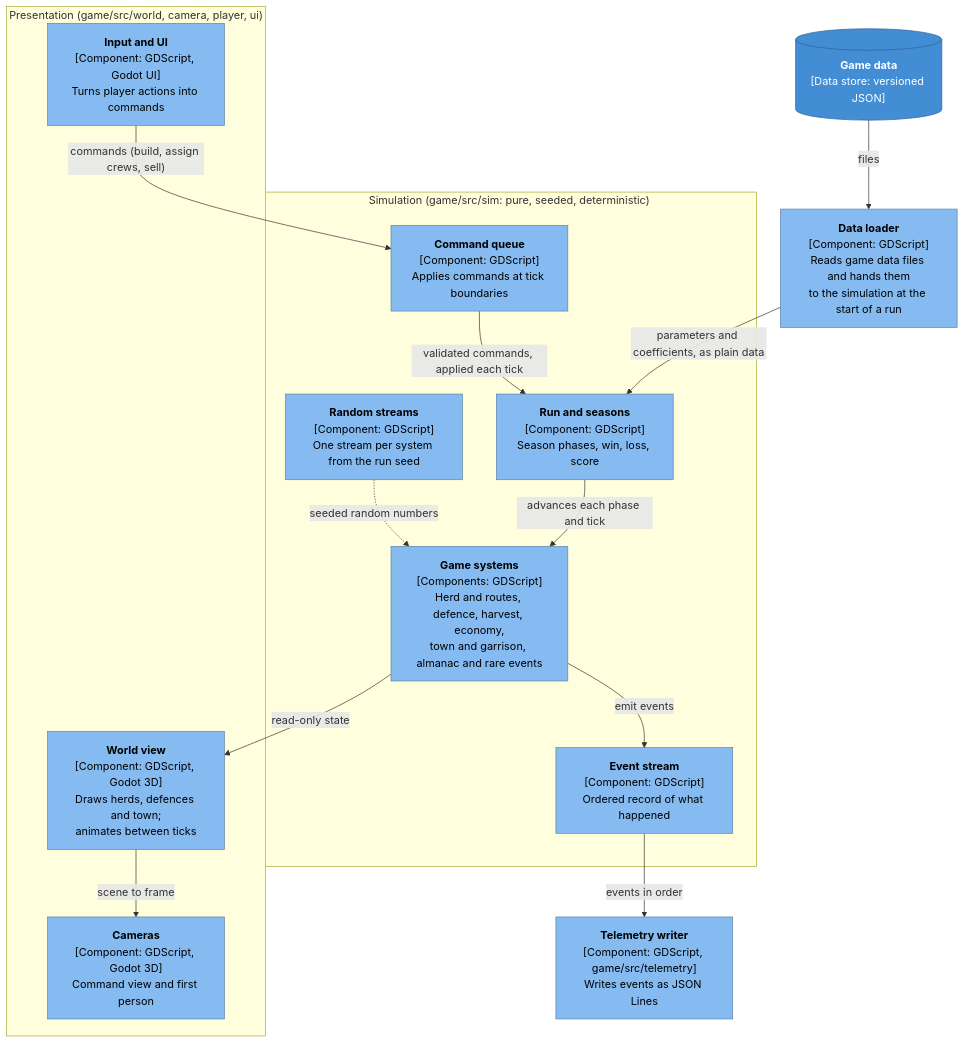
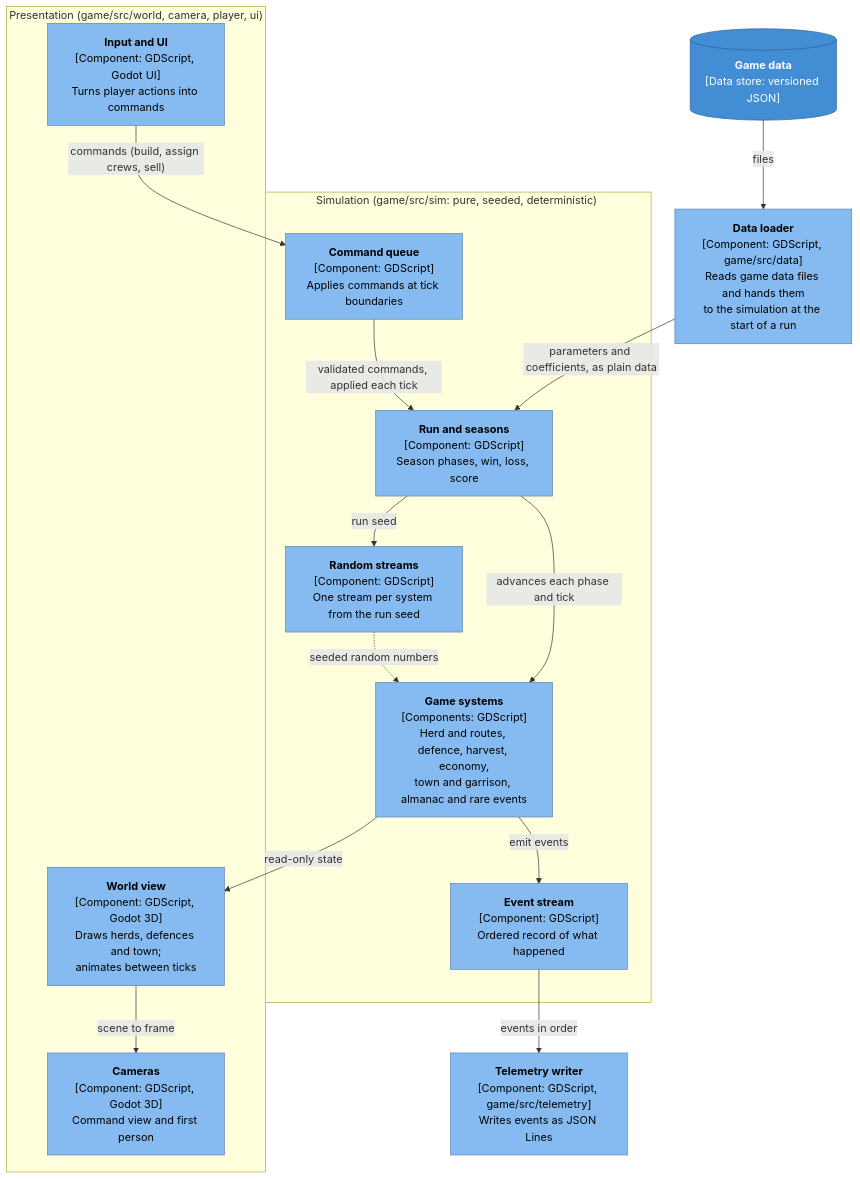
Before and after one commit to Huntling94/tallow: the third of 7 diagrams in docs/architecture/overview.md, drawn with Mermaid. The commit also changed other lines of this file and 4 other files, not shown here.

````diff
--- a/docs/architecture/overview.md
+++ b/docs/architecture/overview.md
@@ -99,38 +99,39 @@
 ```mermaid
 flowchart TB
     data[("<b>Game data</b><br/>[Data store: versioned JSON]")]
 
     subgraph pres["Presentation (game/src/world, camera, player, ui)"]
         input["<b>Input and UI</b><br/>[Component: GDScript, Godot UI]<br/>Turns player actions into commands"]
         world["<b>World view</b><br/>[Component: GDScript, Godot 3D]<br/>Draws herds, defences and town;<br/>animates between ticks"]
         camera["<b>Cameras</b><br/>[Component: GDScript, Godot 3D]<br/>Command view and first person"]
     end
 
-    loader["<b>Data loader</b><br/>[Component: GDScript]<br/>Reads game data files and hands them<br/>to the simulation at the start of a run"]
+    loader["<b>Data loader</b><br/>[Component: GDScript, game/src/data]<br/>Reads game data files and hands them<br/>to the simulation at the start of a run"]
 
     subgraph sim["Simulation (game/src/sim: pure, seeded, deterministic)"]
         commands["<b>Command queue</b><br/>[Component: GDScript]<br/>Applies commands at tick boundaries"]
         run["<b>Run and seasons</b><br/>[Component: GDScript]<br/>Season phases, win, loss, score"]
         rng["<b>Random streams</b><br/>[Component: GDScript]<br/>One stream per system from the run seed"]
         systems["<b>Game systems</b><br/>[Components: GDScript]<br/>Herd and routes, defence, harvest, economy,<br/>town and garrison, almanac and rare events"]
         events["<b>Event stream</b><br/>[Component: GDScript]<br/>Ordered record of what happened"]
     end
 
     writer["<b>Telemetry writer</b><br/>[Component: GDScript, game/src/telemetry]<br/>Writes events as JSON Lines"]
 
     data -- "files" --> loader
     loader -- "parameters and coefficients, as plain data" --> run
     input -- "commands (build, assign crews, sell)" --> commands
     commands -- "validated commands, applied each tick" --> run
     run -- "advances each phase and tick" --> systems
+    run -- "run seed" --> rng
     rng -. "seeded random numbers" .-> systems
     systems -- "emit events" --> events
     systems -- "read-only state" --> world
     world -- "scene to frame" --> camera
     events -- "events in order" --> writer
 
     classDef component fill:#85bbf0,color:#000,stroke:#5d82a8
     classDef store fill:#438dd5,color:#fff,stroke:#2e6295
     class input,world,camera,loader,commands,run,rng,systems,events,writer component
     class data store
 ```
````
